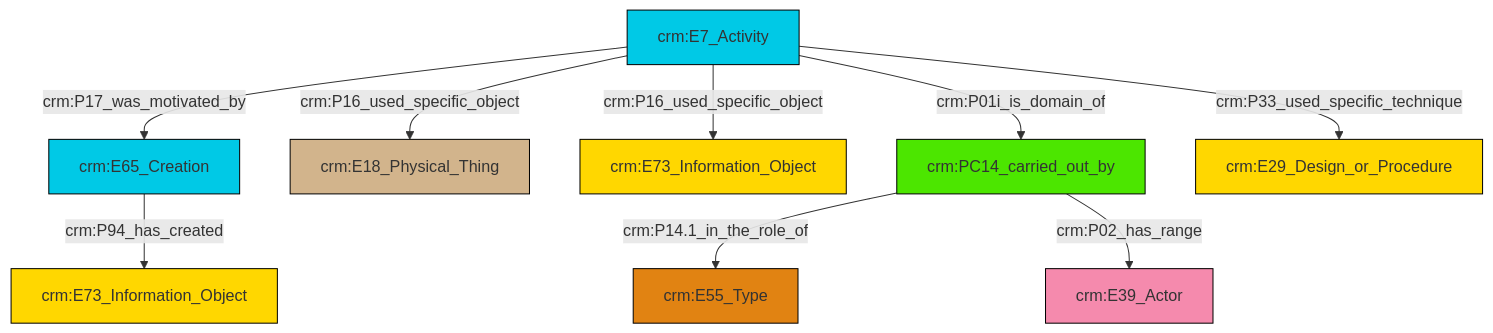
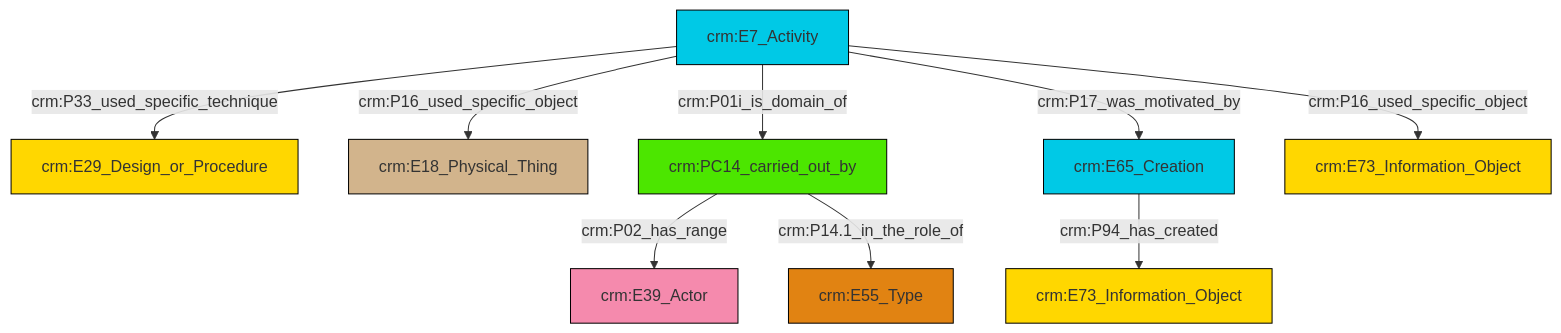
The diagram in et/eventCSV/ttl/mmd/event_participation.ttl.mmd (swiss-art-research-net/reference-data-models), drawn with Mermaid before and after one commit. The commit also changed 131 other files, not shown here.

```diff
--- a/et/eventCSV/ttl/mmd/event_participation.ttl.mmd
+++ b/et/eventCSV/ttl/mmd/event_participation.ttl.mmd
@@ -1,23 +1,23 @@
 graph TD
 classDef Literal fill:#f2f2f2,stroke:#000000;
 classDef CRM_Entity fill:#FFFFFF,stroke:#000000;
 classDef Temporal_Entity fill:#00C9E6, stroke:#000000;
 classDef Type fill:#E18312, stroke:#000000;
 classDef Time-Span fill:#2C9C91, stroke:#000000;
 classDef Appellation fill:#FFEB7F, stroke:#000000;
 classDef Place fill:#008836, stroke:#000000;
 classDef Persistent_Item fill:#B266B2, stroke:#000000;
 classDef Conceptual_Object fill:#FFD700, stroke:#000000;
 classDef Physical_Thing fill:#D2B48C, stroke:#000000;
 classDef Actor fill:#f58aad, stroke:#000000;
 classDef PC_Classes fill:#4ce600, stroke:#000000;
 classDef Multi fill:#cccccc,stroke:#000000;
 
-0["crm:E65_Creation"]:::Temporal_Entity -->|crm:P94_has_created| 4["crm:E73_Information_Object"]:::Conceptual_Object
-7["crm:E7_Activity"]:::Temporal_Entity -->|crm:P16_used_specific_object| 2["crm:E18_Physical_Thing"]:::Physical_Thing
-7["crm:E7_Activity"]:::Temporal_Entity -->|crm:P17_was_motivated_by| 0["crm:E65_Creation"]:::Temporal_Entity
-7["crm:E7_Activity"]:::Temporal_Entity -->|crm:P16_used_specific_object| 9["crm:E73_Information_Object"]:::Conceptual_Object
-7["crm:E7_Activity"]:::Temporal_Entity -->|crm:P33_used_specific_technique| 13["crm:E29_Design_or_Procedure"]:::Conceptual_Object
-10["crm:PC14_carried_out_by"]:::PC_Classes -->|crm:P14.1_in_the_role_of| 14["crm:E55_Type"]:::Type
-10["crm:PC14_carried_out_by"]:::PC_Classes -->|crm:P02_has_range| 5["crm:E39_Actor"]:::Actor
-7["crm:E7_Activity"]:::Temporal_Entity -->|crm:P01i_is_domain_of| 10["crm:PC14_carried_out_by"]:::PC_Classes
+4["crm:E7_Activity"]:::Temporal_Entity -->|crm:P16_used_specific_object| 5["crm:E18_Physical_Thing"]:::Physical_Thing
+4["crm:E7_Activity"]:::Temporal_Entity -->|crm:P01i_is_domain_of| 6["crm:PC14_carried_out_by"]:::PC_Classes
+6["crm:PC14_carried_out_by"]:::PC_Classes -->|crm:P02_has_range| 9["crm:E39_Actor"]:::Actor
+6["crm:PC14_carried_out_by"]:::PC_Classes -->|crm:P14.1_in_the_role_of| 2["crm:E55_Type"]:::Type
+7["crm:E65_Creation"]:::Temporal_Entity -->|crm:P94_has_created| 11["crm:E73_Information_Object"]:::Conceptual_Object
+4["crm:E7_Activity"]:::Temporal_Entity -->|crm:P17_was_motivated_by| 7["crm:E65_Creation"]:::Temporal_Entity
+4["crm:E7_Activity"]:::Temporal_Entity -->|crm:P33_used_specific_technique| 0["crm:E29_Design_or_Procedure"]:::Conceptual_Object
+4["crm:E7_Activity"]:::Temporal_Entity -->|crm:P16_used_specific_object| 15["crm:E73_Information_Object"]:::Conceptual_Object
```
